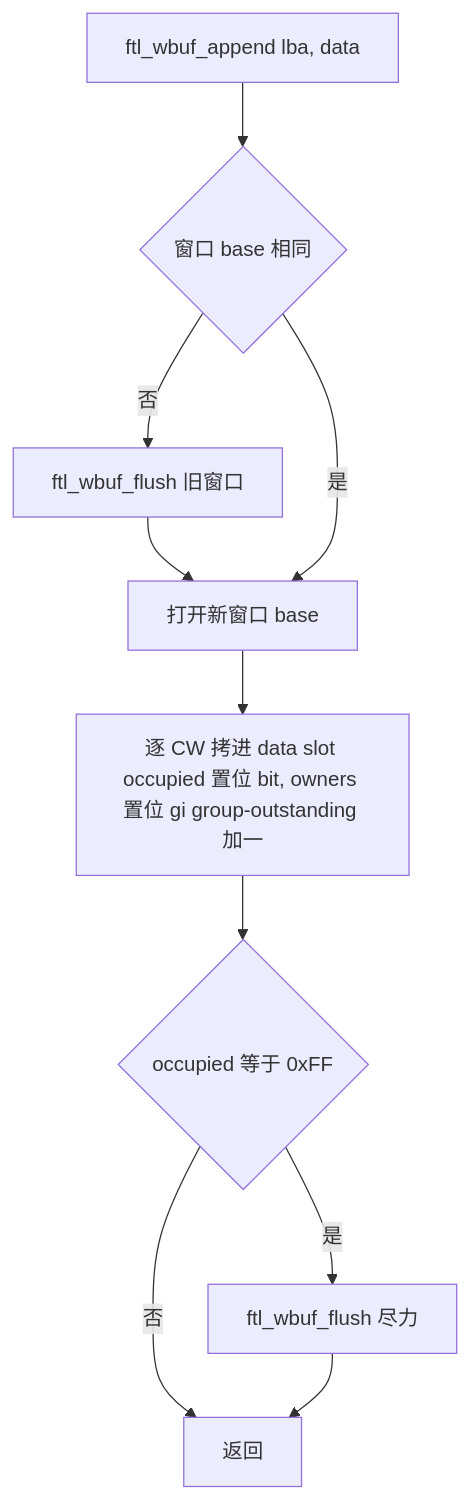
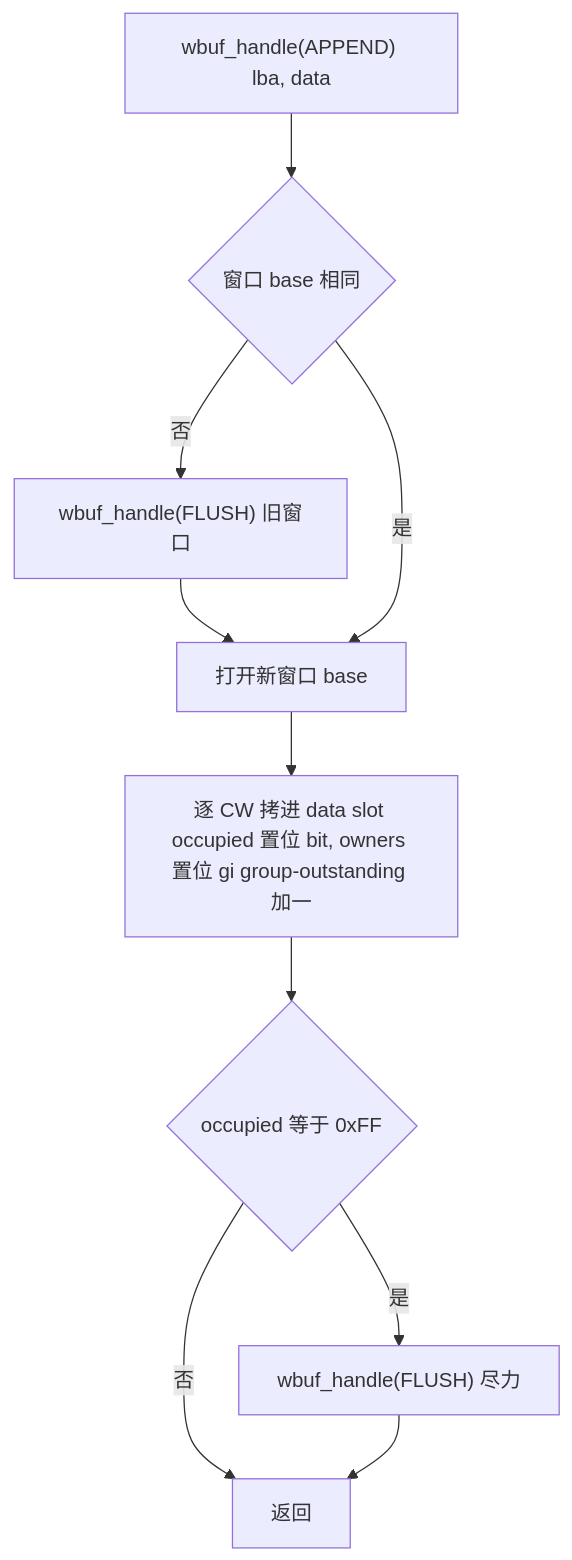
One commit to YzYMIAO/BASESSD changed diagram 19 of 32 in docs/design/ftl_design.md. Above: the diagram before and after it, drawn with Mermaid. The commit also changed other lines of this file and 46 other files, not shown here.

First line of the commit message:
refactor(ftl): 落地模块 handle 契约（typed 入口 / 端口 / ms deadline）

````diff
--- a/docs/design/ftl_design.md
+++ b/docs/design/ftl_design.md
@@ -2813,12 +2813,12 @@
 ```mermaid
 flowchart TD
-    A["ftl_wbuf_append lba, data"] --> B{"窗口 base 相同"}
-    B -- "否" --> C["ftl_wbuf_flush 旧窗口"]
+    A["wbuf_handle(APPEND) lba, data"] --> B{"窗口 base 相同"}
+    B -- "否" --> C["wbuf_handle(FLUSH) 旧窗口"]
     C --> D["打开新窗口 base"]
     B -- "是" --> D
     D --> E["逐 CW 拷进 data slot occupied 置位 bit, owners 置位 gi group-outstanding 加一"]
     E --> F{"occupied 等于 0xFF"}
-    F -- "是" --> G["ftl_wbuf_flush 尽力"]
+    F -- "是" --> G["wbuf_handle(FLUSH) 尽力"]
     F -- "否" --> H["返回"]
     G --> H
 ```
````
